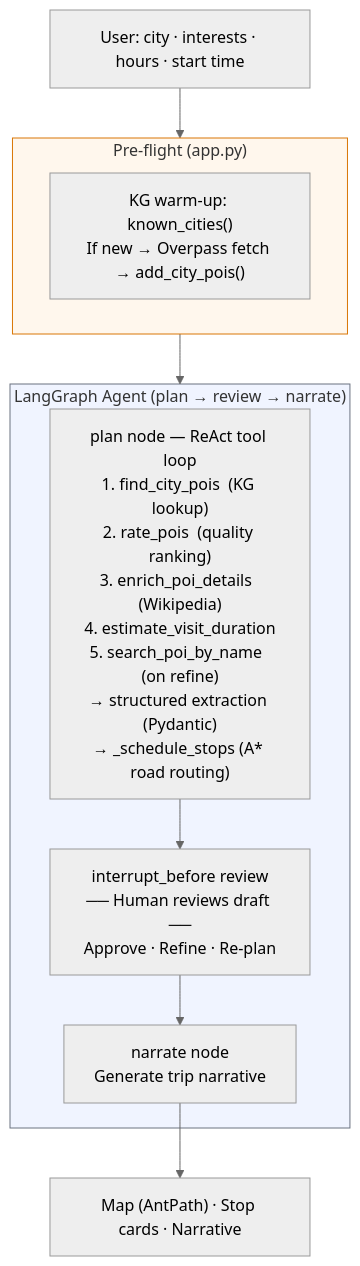
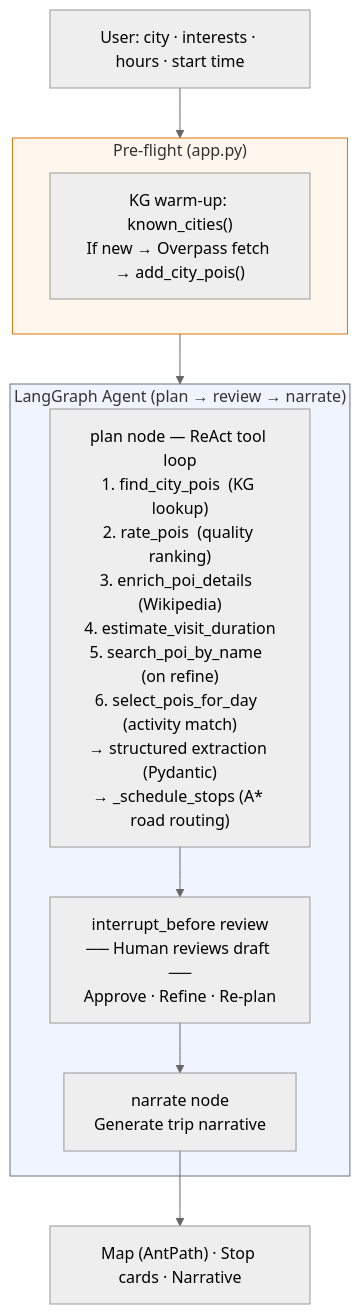
Before and after one commit to gayyaswa/routeiq: the first of 2 diagrams in README.md, drawn with Mermaid (neutral theme). The commit also changed other lines of this file and 33 other files, not shown here.

````diff
--- a/README.md
+++ b/README.md
@@ -49,19 +50,19 @@
 ```mermaid
 flowchart TD
     U["User: city · interests · hours · start time"]
     subgraph Preflight ["Pre-flight (app.py)"]
         K["KG warm-up: known_cities()\nIf new → Overpass fetch → add_city_pois()"]
     end
     subgraph Agent ["LangGraph Agent (plan → review → narrate)"]
-        P["plan node — ReAct tool loop\n1. find_city_pois  (KG lookup)\n2. rate_pois  (quality ranking)\n3. enrich_poi_details  (Wikipedia)\n4. estimate_visit_duration\n5. search_poi_by_name  (on refine)\n→ structured extraction (Pydantic)\n→ _schedule_stops (A* road routing)"]
+        P["plan node — ReAct tool loop\n1. find_city_pois  (KG lookup)\n2. rate_pois  (quality ranking)\n3. enrich_poi_details  (Wikipedia)\n4. estimate_visit_duration\n5. search_poi_by_name  (on refine)\n6. select_pois_for_day  (activity match)\n→ structured extraction (Pydantic)\n→ _schedule_stops (A* road routing)"]
         H["interrupt_before review\n── Human reviews draft ──\nApprove · Refine · Re-plan"]
         N["narrate node\nGenerate trip narrative"]
     end
     UI["Map (AntPath) · Stop cards · Narrative"]
 
     U --> Preflight --> Agent
     P --> H --> N --> UI
 
     style Agent fill:#f0f4ff,stroke:#6b7280
     style Preflight fill:#fff7ed,stroke:#d97706
 ```
````
